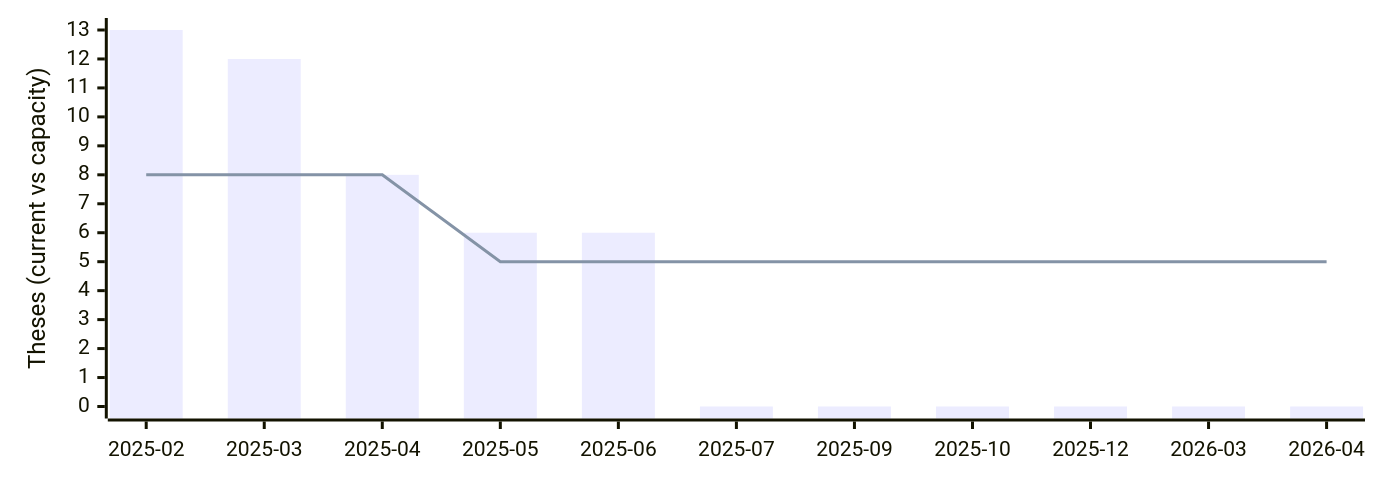
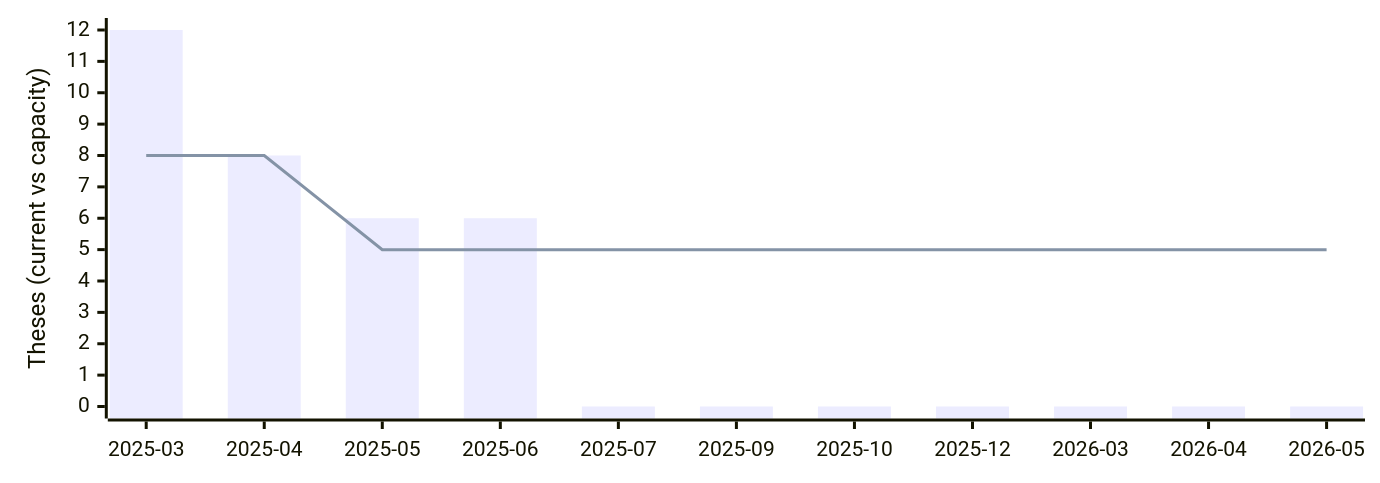
Before and after one commit to fs-ise/theses: the diagram in _includes/availability.md, drawn with Mermaid.

Commit message:
Update availability chart

````diff
--- a/_includes/availability.md
+++ b/_includes/availability.md
@@ -2,13 +2,13 @@
 ```mermaid
 ---
 config:
     xyChart:
         width: 900
         height: 300
 ---
 xychart-beta
-    x-axis [2025-02, 2025-03, 2025-04, 2025-05, 2025-06, 2025-07, 2025-09, 2025-10, 2025-12, 2026-03, 2026-04]
-    y-axis "Theses (current vs capacity)" 0 --> 13
-    bar [13, 12, 8, 6, 6, 0, 0, 0, 0, 0, 0]
-    line [8, 8, 8, 5, 5, 5, 5, 5, 5, 5, 5]
+    x-axis [2025-03, 2025-04, 2025-05, 2025-06, 2025-07, 2025-09, 2025-10, 2025-12, 2026-03, 2026-04, 2026-05]
+    y-axis "Theses (current vs capacity)" 0 --> 12
+    bar [12, 8, 6, 6, 0, 0, 0, 0, 0, 0, 0]
+    line [8, 8, 5, 5, 5, 5, 5, 5, 5, 5, 5]
 ```
````
